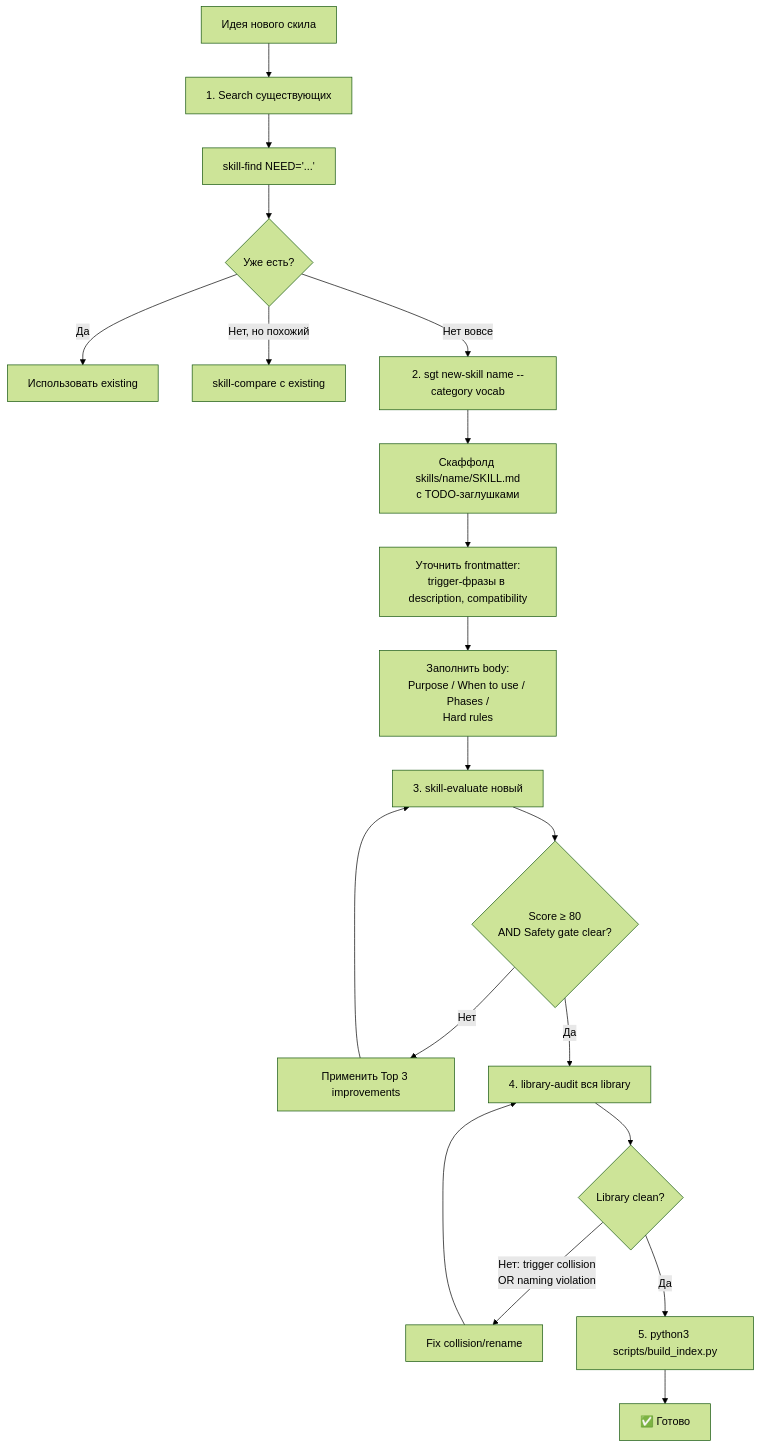
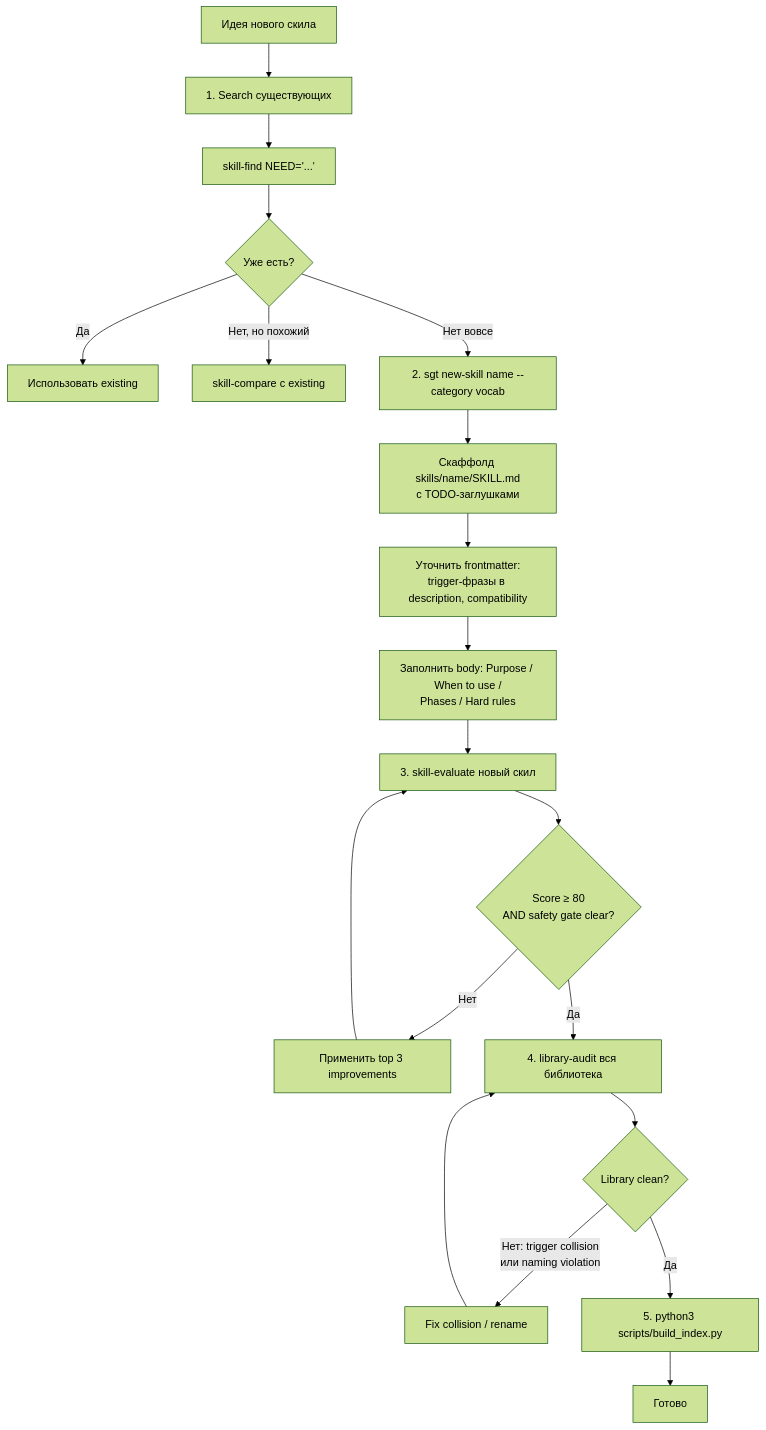
Before and after one commit to artemrudenko/skill-governance-toolkit: the fourth of 9 diagrams in docs/user-guide.ru.md, drawn with Mermaid (forest theme). The commit also changed other lines of this file and 1 other file, not shown here.

````diff
--- a/docs/user-guide.ru.md
+++ b/docs/user-guide.ru.md
@@ -267,23 +177,23 @@
 ```mermaid
 flowchart TD
     A[Идея нового скила] --> B[1. Search существующих]
     B --> C[skill-find NEED='...']
     C --> D{Уже есть?}
     D -->|Да| E[Использовать existing]
     D -->|Нет, но похожий| F[skill-compare с existing]
     D -->|Нет вовсе| G[2. sgt new-skill name --category vocab]
 
     G --> H[Скаффолд skills/name/SKILL.md<br/>с TODO-заглушками]
     H --> I[Уточнить frontmatter:<br/>trigger-фразы в description, compatibility]
-    I --> J[Заполнить body:<br/>Purpose / When to use / Phases /<br/>Hard rules]
-    J --> K[3. skill-evaluate новый]
-    K --> L{Score ≥ 80<br/>AND Safety gate clear?}
-    L -->|Нет| M[Применить Top 3 improvements]
+    I --> J[Заполнить body: Purpose / When to use /<br/>Phases / Hard rules]
+    J --> K[3. skill-evaluate новый скил]
+    K --> L{Score ≥ 80<br/>AND safety gate clear?}
+    L -->|Нет| M[Применить top 3 improvements]
     M --> K
-    L -->|Да| N[4. library-audit вся library]
+    L -->|Да| N[4. library-audit вся библиотека]
     N --> O{Library clean?}
-    O -->|Нет: trigger collision<br/>OR naming violation| P[Fix collision/rename]
+    O -->|Нет: trigger collision<br/>или naming violation| P[Fix collision / rename]
     P --> N
     O -->|Да| Q[5. python3 scripts/build_index.py]
-    Q --> R[✅ Готово]
+    Q --> R[Готово]
 ```
````
